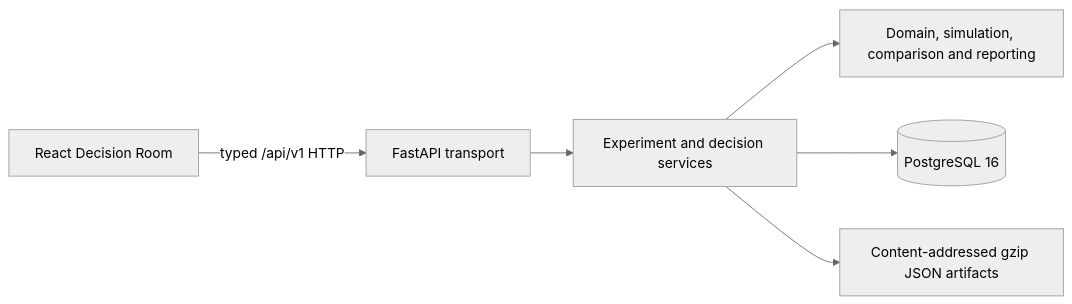
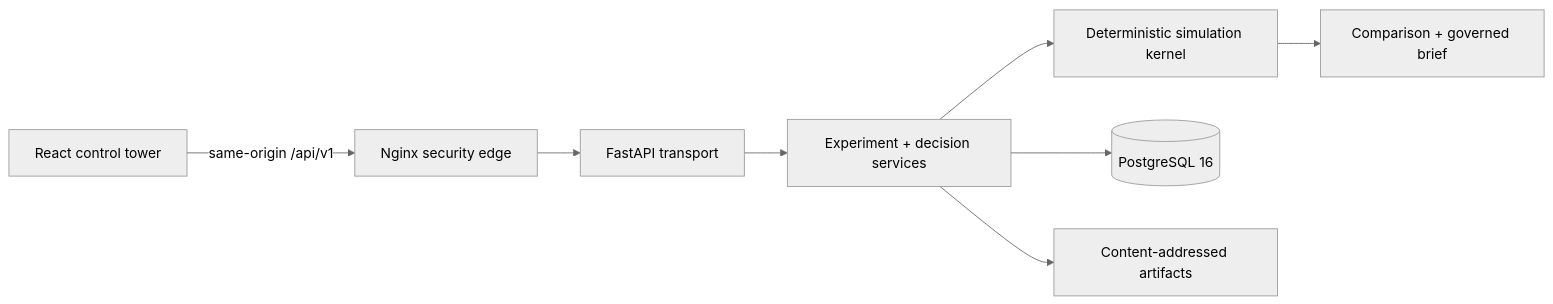
One commit to mfidalgomartins/OpenEnterprise-Twin changed the diagram in README.md. Above: the diagram before and after it, drawn with Mermaid (neutral theme). The commit also changed other lines of this file and 92 other files, not shown here.

First line of the commit message:
feat: release governed enterprise decision twin v0.2

````diff
--- a/README.md
+++ b/README.md
@@ -69,8 +78,10 @@
 ```mermaid
 flowchart LR
-    UI["React Decision Room"] -->|"typed /api/v1 HTTP"| API["FastAPI transport"]
-    API --> APP["Experiment and decision services"]
-    APP --> CORE["Domain, simulation, comparison and reporting"]
+    UI["React control tower"] -->|"same-origin /api/v1"| EDGE["Nginx security edge"]
+    EDGE --> API["FastAPI transport"]
+    API --> APP["Experiment + decision services"]
+    APP --> CORE["Deterministic simulation kernel"]
     APP --> DB[("PostgreSQL 16")]
-    APP --> ART["Content-addressed gzip JSON artifacts"]
+    APP --> ART["Content-addressed artifacts"]
+    CORE --> BRIEF["Comparison + governed brief"]
 ```
````
